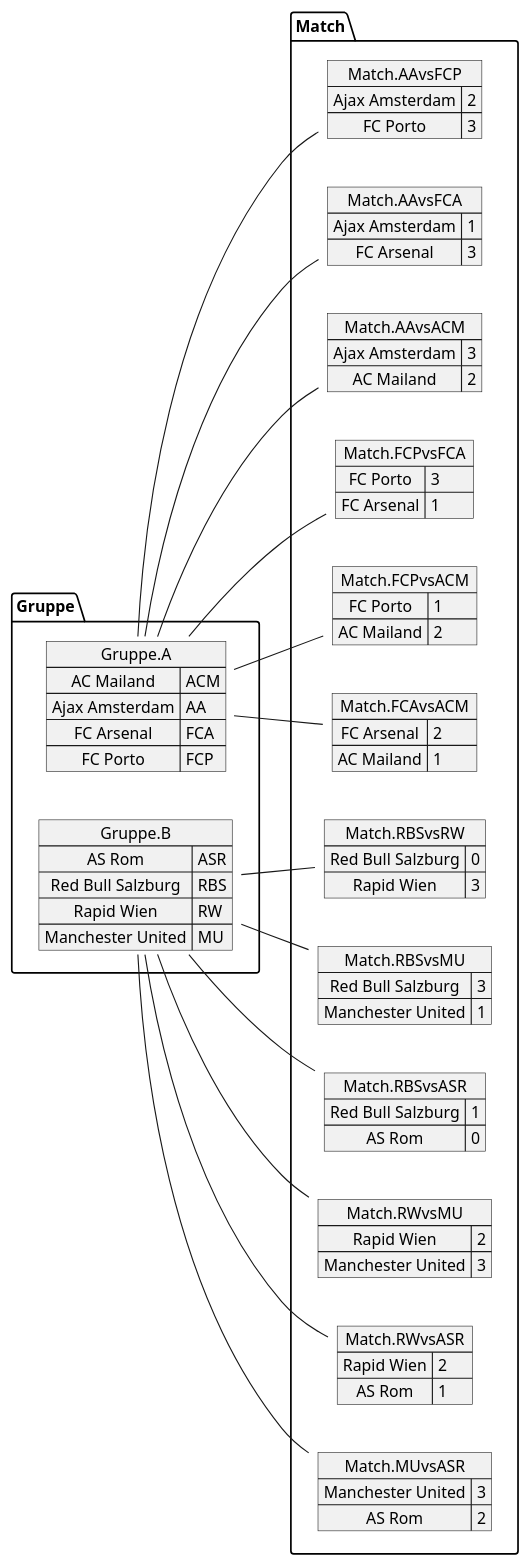
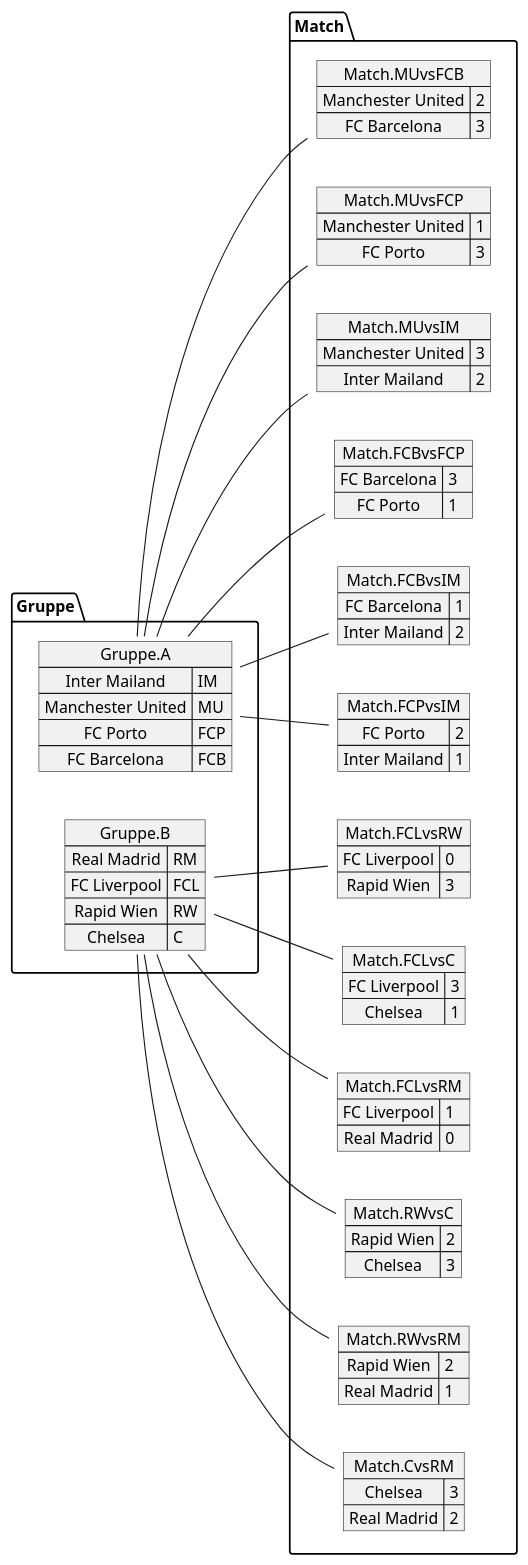
Before and after one commit to htl-leonding-project/2022-4ahif-autohaus: the diagram in asciidocs/plantuml/ResultGP.puml, drawn with PlantUML. The commit also changed 14 other files, not shown here.

```diff
--- a/asciidocs/plantuml/ResultGP.puml
+++ b/asciidocs/plantuml/ResultGP.puml
@@ -1,88 +1,88 @@
 @startuml TestGPTournament2.png
 left to right direction
 
 map Gruppe.A {
-AC Mailand=>ACM
-Ajax Amsterdam=>AA
-FC Arsenal=>FCA
+Inter Mailand=>IM
+Manchester United=>MU
 FC Porto=>FCP
+FC Barcelona=>FCB
 }
 
 map Gruppe.B {
-AS Rom=>ASR
-Red Bull Salzburg=>RBS
+Real Madrid=>RM
+FC Liverpool=>FCL
 Rapid Wien=>RW
-Manchester United=>MU
+Chelsea=>C
 }
-map Match.AAvsFCP {
-Ajax Amsterdam => 2
+map Match.MUvsFCB {
+Manchester United => 2
+FC Barcelona => 3
+}
+
+map Match.MUvsFCP {
+Manchester United => 1
 FC Porto => 3
 }
 
-map Match.AAvsFCA {
-Ajax Amsterdam => 1
-FC Arsenal => 3
+map Match.MUvsIM {
+Manchester United => 3
+Inter Mailand => 2
 }
 
-map Match.AAvsACM {
-Ajax Amsterdam => 3
-AC Mailand => 2
+map Match.FCBvsFCP {
+FC Barcelona => 3
+FC Porto => 1
 }
 
-map Match.FCPvsFCA {
-FC Porto => 3
-FC Arsenal => 1
+map Match.FCBvsIM {
+FC Barcelona => 1
+Inter Mailand => 2
 }
 
-map Match.FCPvsACM {
-FC Porto => 1
-AC Mailand => 2
+map Match.FCPvsIM {
+FC Porto => 2
+Inter Mailand => 1
 }
-
-map Match.FCAvsACM {
-FC Arsenal => 2
-AC Mailand => 1
-}
-map Match.RBSvsRW {
-Red Bull Salzburg => 0
+map Match.FCLvsRW {
+FC Liverpool => 0
 Rapid Wien => 3
 }
 
-map Match.RBSvsMU {
-Red Bull Salzburg => 3
-Manchester United => 1
+map Match.FCLvsC {
+FC Liverpool => 3
+Chelsea => 1
 }
 
-map Match.RBSvsASR {
-Red Bull Salzburg => 1
-AS Rom => 0
+map Match.FCLvsRM {
+FC Liverpool => 1
+Real Madrid => 0
 }
 
-map Match.RWvsMU {
+map Match.RWvsC {
 Rapid Wien => 2
-Manchester United => 3
+Chelsea => 3
 }
 
-map Match.RWvsASR {
+map Match.RWvsRM {
 Rapid Wien => 2
-AS Rom => 1
+Real Madrid => 1
 }
 
-map Match.MUvsASR {
-Manchester United => 3
-AS Rom => 2
+map Match.CvsRM {
+Chelsea => 3
+Real Madrid => 2
 }
-Gruppe.A -- Match.AAvsFCP
-Gruppe.A -- Match.AAvsFCA
-Gruppe.A -- Match.AAvsACM
-Gruppe.A -- Match.FCPvsFCA
-Gruppe.A -- Match.FCPvsACM
-Gruppe.A -- Match.FCAvsACM
-Gruppe.B -- Match.RBSvsRW
-Gruppe.B -- Match.RBSvsMU
-Gruppe.B -- Match.RBSvsASR
-Gruppe.B -- Match.RWvsMU
-Gruppe.B -- Match.RWvsASR
-Gruppe.B -- Match.MUvsASR
+Gruppe.A -- Match.MUvsFCB
+Gruppe.A -- Match.MUvsFCP
+Gruppe.A -- Match.MUvsIM
+Gruppe.A -- Match.FCBvsFCP
+Gruppe.A -- Match.FCBvsIM
+Gruppe.A -- Match.FCPvsIM
+Gruppe.B -- Match.FCLvsRW
+Gruppe.B -- Match.FCLvsC
+Gruppe.B -- Match.FCLvsRM
+Gruppe.B -- Match.RWvsC
+Gruppe.B -- Match.RWvsRM
+Gruppe.B -- Match.CvsRM
 
 @enduml
```
